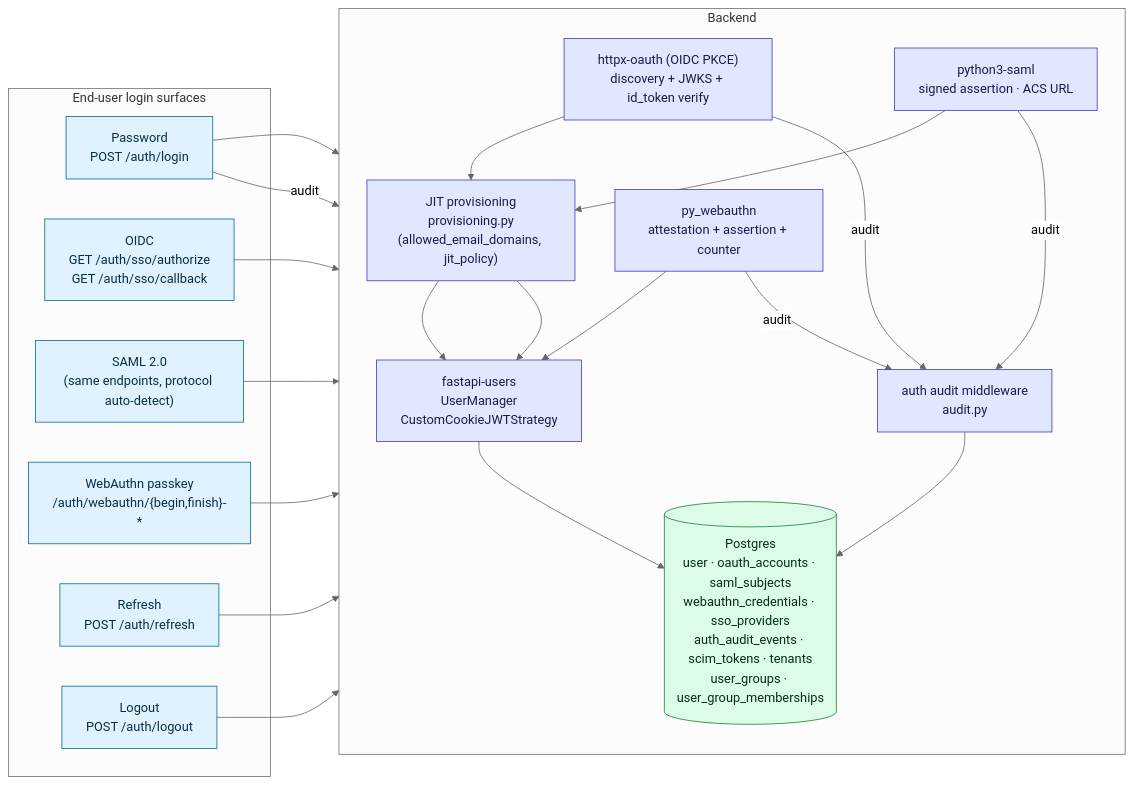
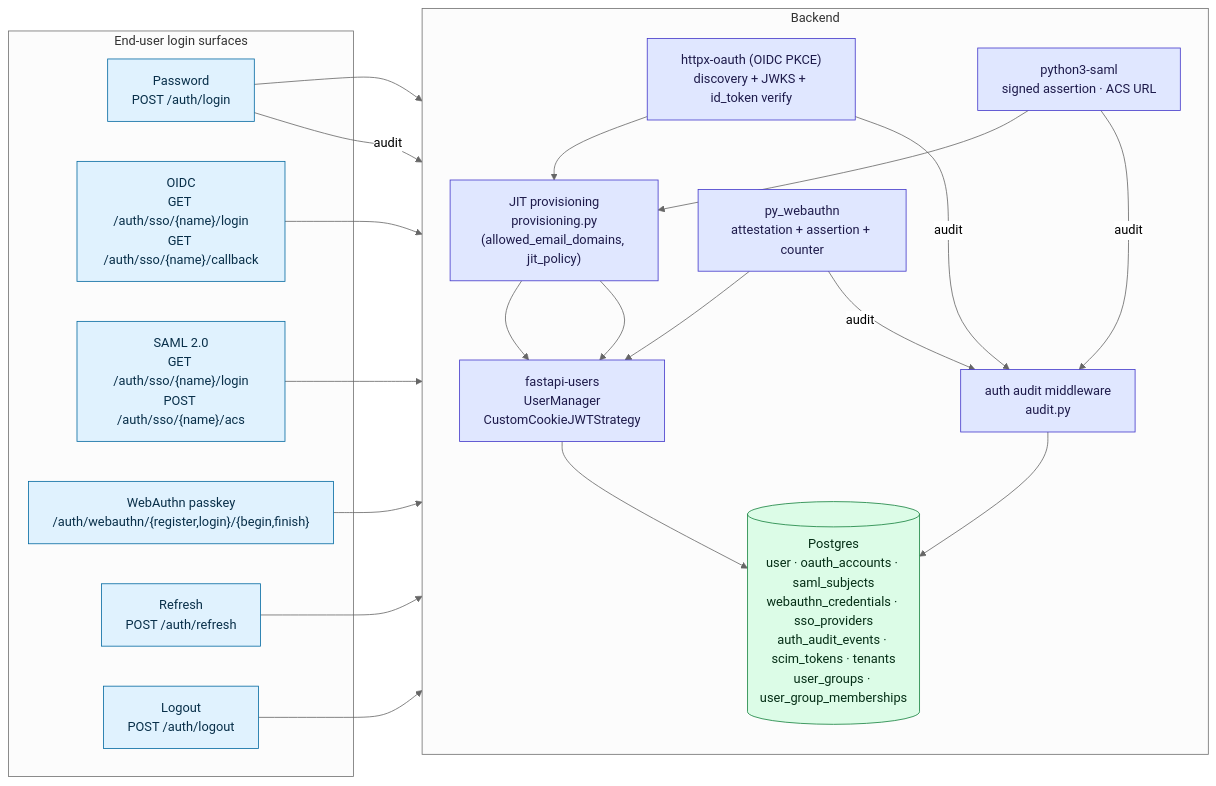
The first of 5 diagrams in docs/docs/architecture/diagrams/08-auth-tenancy-sso.md (nerdy-krishna/ai-secure-coding-compliance-platform), drawn with Mermaid (neutral theme) before and after one commit. The commit also changed other lines of this file and 405 other files, not shown here.

````diff
--- a/docs/docs/architecture/diagrams/08-auth-tenancy-sso.md
+++ b/docs/docs/architecture/diagrams/08-auth-tenancy-sso.md
@@ -9,39 +9,39 @@
 ```mermaid
 flowchart LR
     subgraph Surfaces["End-user login surfaces"]
       Pwd["Password<br/>POST /auth/login"]:::edge
-      OIDC["OIDC<br/>GET /auth/sso/authorize<br/>GET /auth/sso/callback"]:::edge
-      SAML["SAML 2.0<br/>(same endpoints, protocol auto-detect)"]:::edge
-      Pass["WebAuthn passkey<br/>/auth/webauthn/{begin,finish}-*"]:::edge
+      OIDC["OIDC<br/>GET /auth/sso/{name}/login<br/>GET /auth/sso/{name}/callback"]:::edge
+      SAML["SAML 2.0<br/>GET /auth/sso/{name}/login<br/>POST /auth/sso/{name}/acs"]:::edge
+      Pass["WebAuthn passkey<br/>/auth/webauthn/{register,login}/{begin,finish}"]:::edge
       Refresh["Refresh<br/>POST /auth/refresh"]:::edge
       Logout["Logout<br/>POST /auth/logout"]:::edge
     end
 
     subgraph Backend
       direction TB
       FU["fastapi-users<br/>UserManager<br/>CustomCookieJWTStrategy"]:::app
       Httpx["httpx-oauth (OIDC PKCE)<br/>discovery + JWKS + id_token verify"]:::app
       Saml["python3-saml<br/>signed assertion · ACS URL"]:::app
       WA["py_webauthn<br/>attestation + assertion + counter"]:::app
       JIT["JIT provisioning<br/>provisioning.py<br/>(allowed_email_domains, jit_policy)"]:::app
       Audit["auth audit middleware<br/>audit.py"]:::app
       DB[("Postgres<br/>user · oauth_accounts · saml_subjects<br/>webauthn_credentials · sso_providers<br/>auth_audit_events · scim_tokens · tenants<br/>user_groups · user_group_memberships")]:::data
     end
 
     Pwd --> FU
     OIDC --> Httpx --> JIT --> FU
     SAML --> Saml --> JIT --> FU
     Pass --> WA --> FU
     Refresh --> FU
     Logout --> FU
     FU --> DB
     Httpx -- audit --> Audit
     Saml -- audit --> Audit
     WA -- audit --> Audit
     Pwd -- audit --> Audit
     Audit --> DB
 
     classDef edge fill:#e0f2fe,stroke:#0369a1,color:#082f49;
     classDef app  fill:#e0e7ff,stroke:#4338ca,color:#1e1b4b;
     classDef data fill:#dcfce7,stroke:#15803d,color:#052e16;
 ```
````
